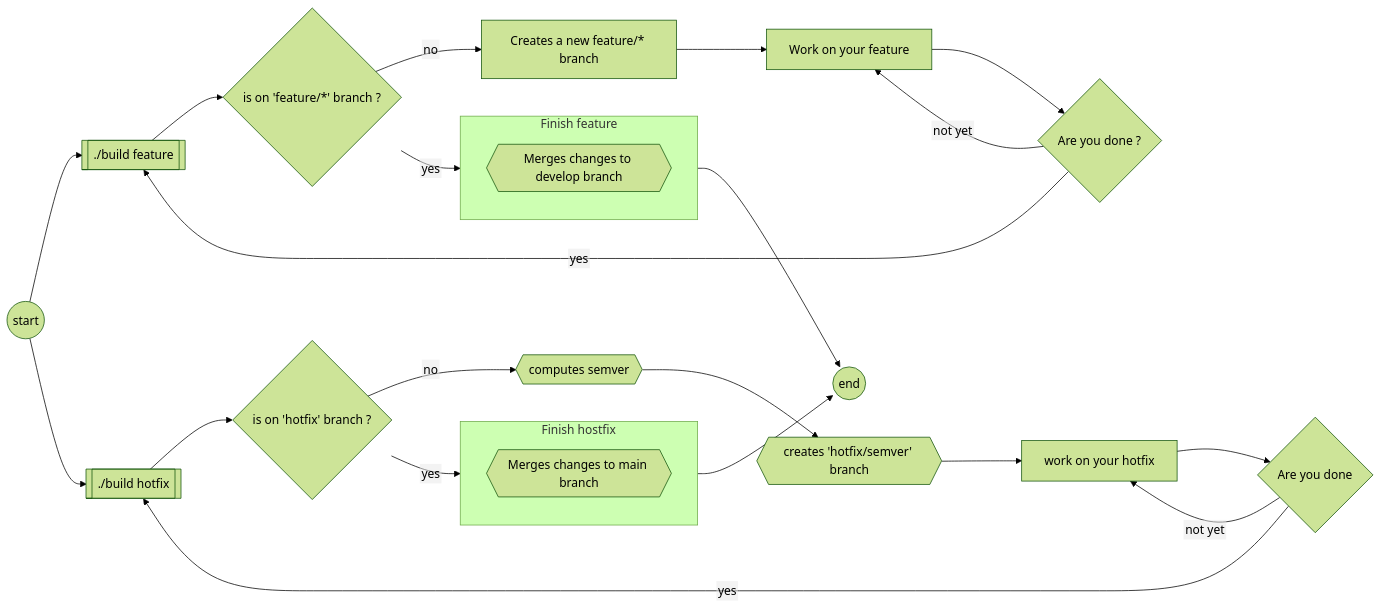
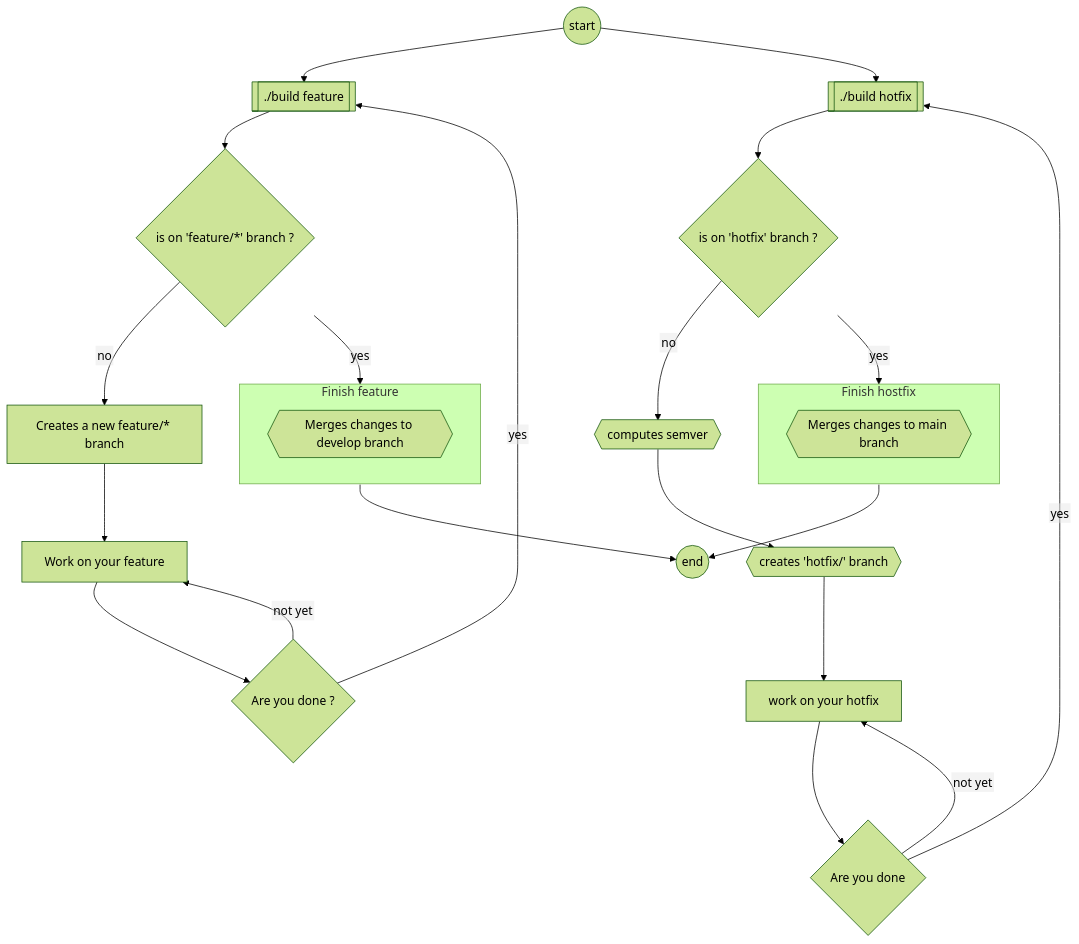
One commit to candoumbe/Pipelines changed the first of 2 diagrams in README.md. Above: the diagram before and after it, drawn with Mermaid (forest theme). The commit also changed other lines of this file and 4 other files, not shown here.

````diff
--- a/README.md
+++ b/README.md
@@ -106,32 +106,32 @@
 ```mermaid
 %%{init: {"flowchart": {"htmlLabels": false}} }%%
-flowchart LR
+flowchart
     A((start)) --> B[["./build feature"]]
     A -->O[["./build hotfix"]]
     O --> P{is on 'hotfix' branch ?}
     P -- yes --> finish-hotfix
     P -- no --> Q{{computes semver}}
-    Q --> R{{creates 'hotfix/semver' branch}}
+    Q --> R{{creates 'hotfix/<semver>' branch}}
     R --> S[work on your hotfix]
     S --> T{Are you done}
     T -- yes --> O
     T -- not yet --> S
     B --> C{is on 'feature/*' branch ?}
+    C -- yes --> finish-feature
     C -- no --> D[Creates a new feature/* branch]
-    C -- yes --> finish-feature
     D --> E[Work on your feature]
     E --> F{Are you done ?}
     F --yes --> B
     F -- not yet --> E
 
     subgraph finish-feature[Finish feature]
       N{{Merges changes to develop branch}}
     end
     
     subgraph finish-hotfix[Finish hostfix]
        Y{{Merges changes to main branch}}
     end
 
     finish-hotfix --> Z
     finish-feature --> Z((end))
 ```
````
